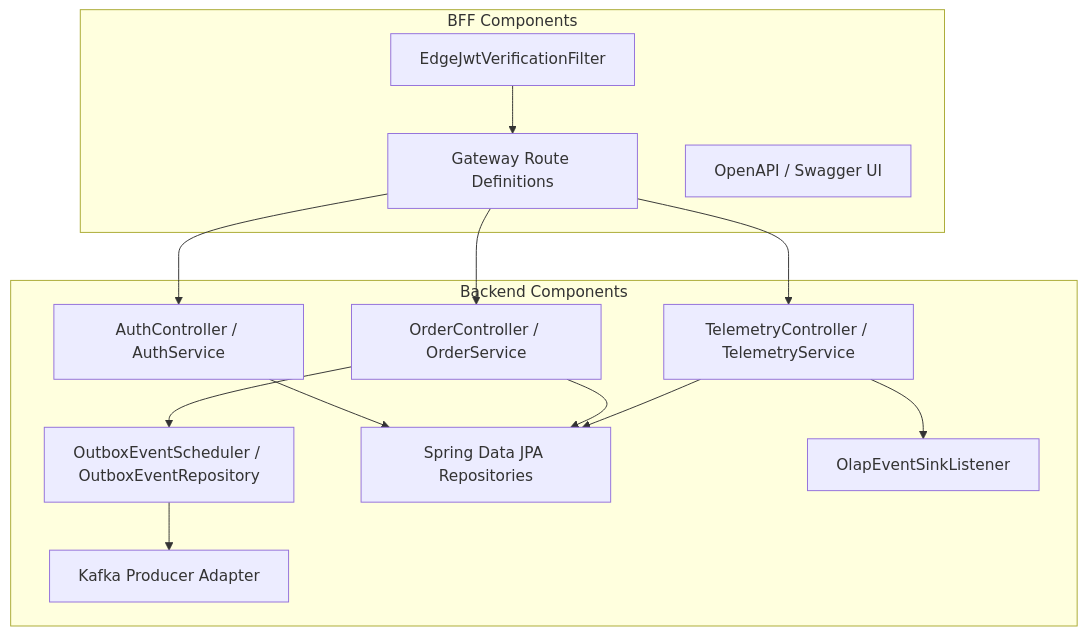
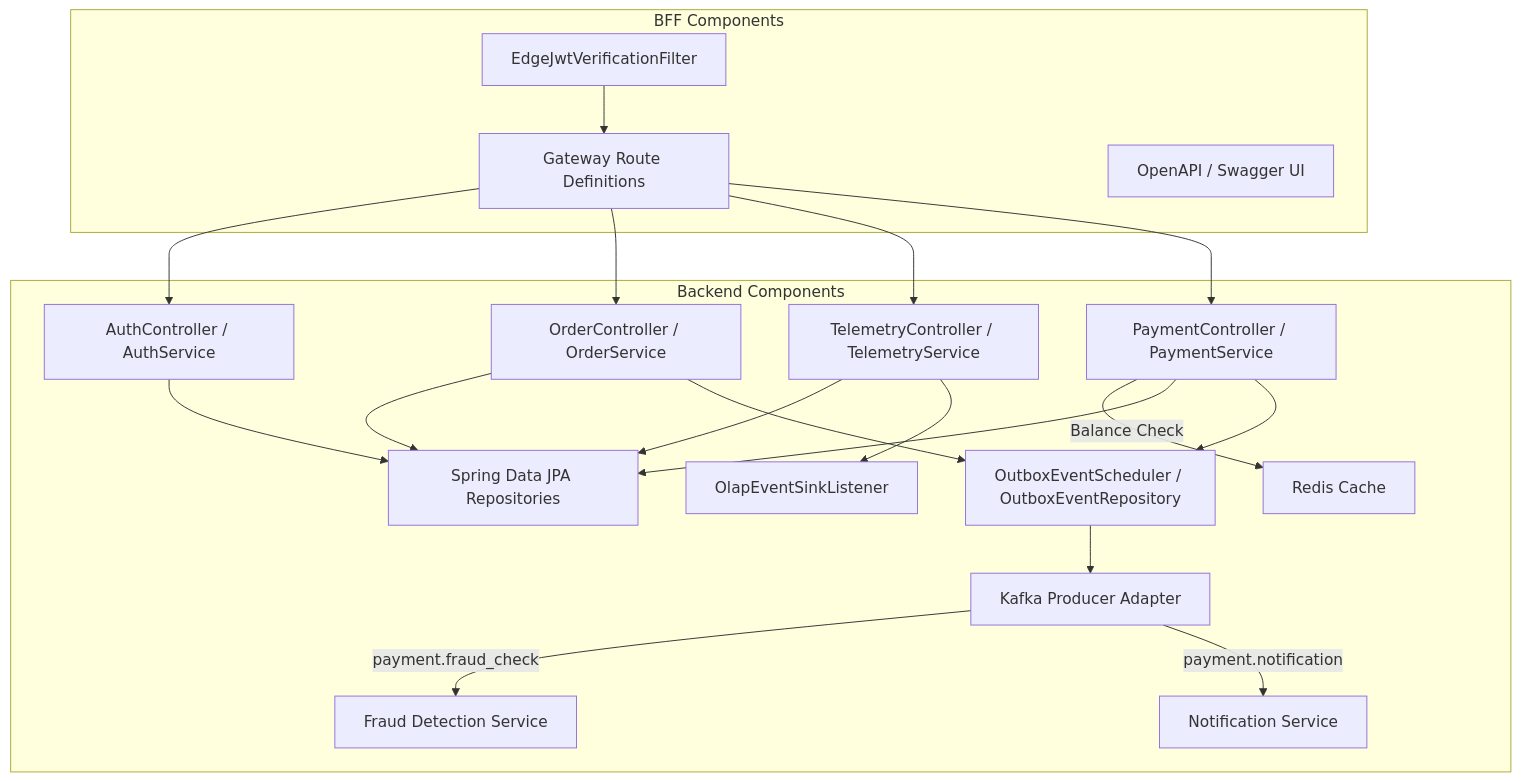
One commit to Muneeb7860/Swish_App changed the second of 2 diagrams in docs/diagrams/architecture-diagrams.md. Above: the diagram before and after it, drawn with Mermaid. The commit also changed 3 other files, not shown here.

Commit message:
feat: align payment module with ByteMonk reference architecture (Redis, Kafka Outbox)

````diff
--- a/docs/diagrams/architecture-diagrams.md
+++ b/docs/diagrams/architecture-diagrams.md
@@ -104,29 +104,42 @@
 ```mermaid
 flowchart TB
   subgraph BFF Components
     JWT[EdgeJwtVerificationFilter]
     Routing[Gateway Route Definitions]
     SpringDoc[OpenAPI / Swagger UI]
   end
 
   subgraph Backend Components
     Auth[AuthController / AuthService]
     Orders[OrderController / OrderService]
     Telemetry[TelemetryController / TelemetryService]
+    Payment[PaymentController / PaymentService]
+    Fraud[Fraud Detection Service]
+    Notify[Notification Service]
     Outbox[OutboxEventScheduler / OutboxEventRepository]
     Persistence[Spring Data JPA Repositories]
     KafkaProducer[Kafka Producer Adapter]
     MongoSink[OlapEventSinkListener]
+    RedisCache[Redis Cache]
   end
 
   JWT --> Routing
   Routing --> Auth
   Routing --> Orders
   Routing --> Telemetry
+  Routing --> Payment
+  
+  Payment -->|Balance Check| RedisCache
+  Payment --> Persistence
+  Payment --> Outbox
+
   Auth --> Persistence
   Orders --> Persistence
   Telemetry --> Persistence
   Orders --> Outbox
   Outbox --> KafkaProducer
+  
+  KafkaProducer -->|payment.fraud_check| Fraud
+  KafkaProducer -->|payment.notification| Notify
   Telemetry --> MongoSink
 ```
````
